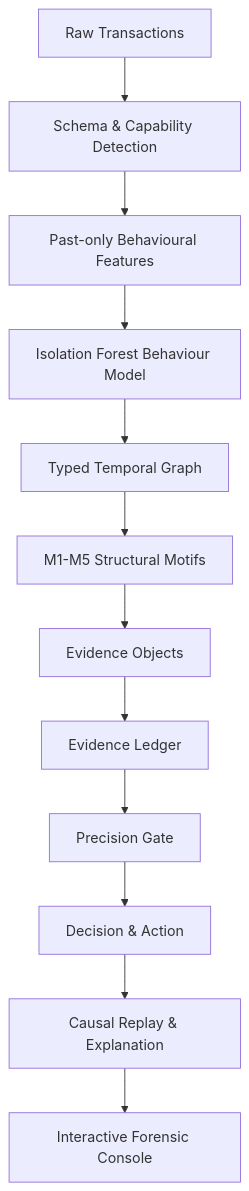
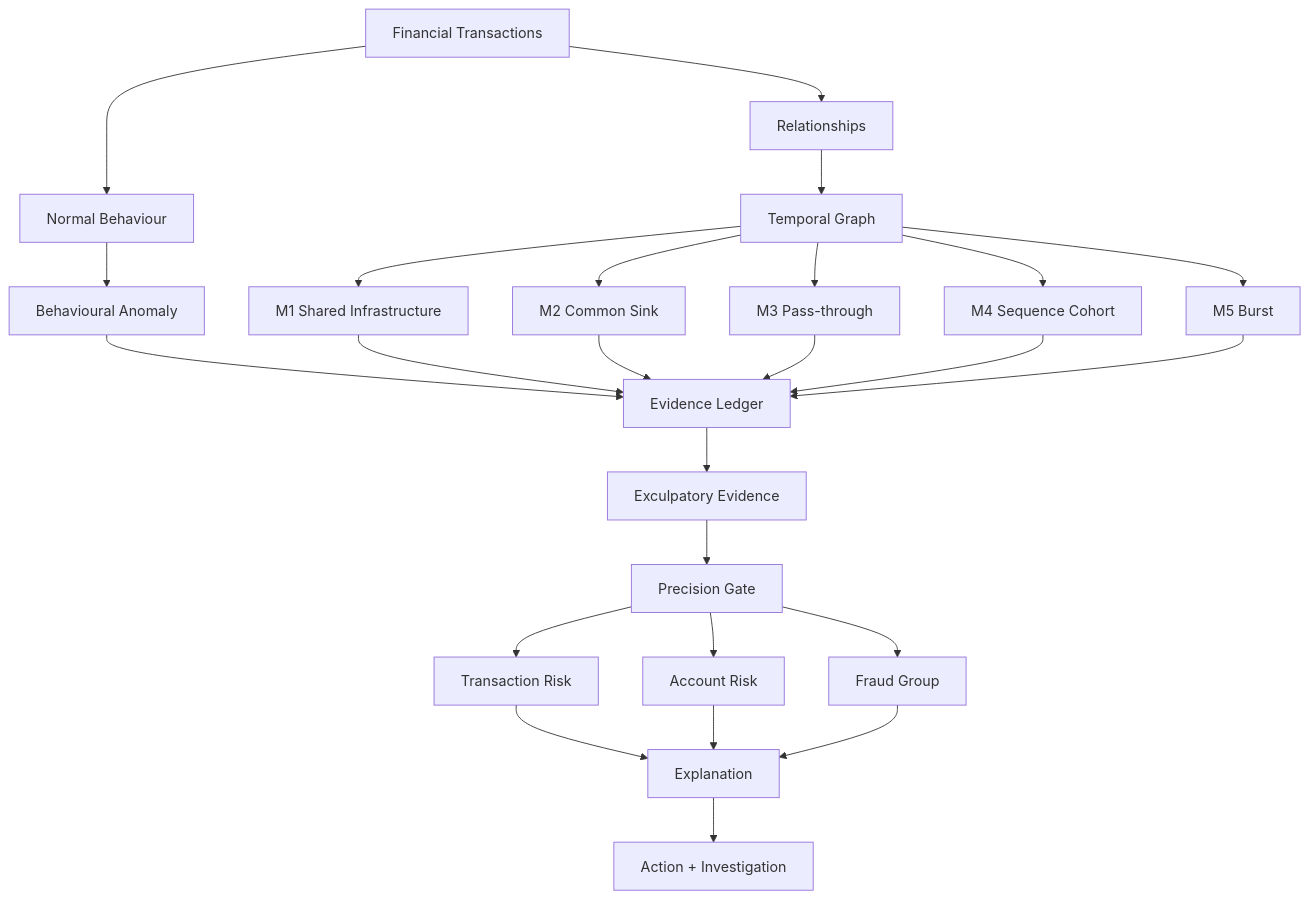
The third of 3 diagrams in README.md (dandasaisamith/HEARTificial), drawn with Mermaid before and after one commit. The commit also changed other lines of this file, not shown here.

````diff
--- a/README.md
+++ b/README.md
@@ -424,14 +2326,39 @@
 ```mermaid
-graph TD
-    A[Raw Transactions] --> B[Schema & Capability Detection]
-    B --> C[Past-only Behavioural Features]
-    C --> D[Isolation Forest Behaviour Model]
-    D --> E[Typed Temporal Graph]
-    E --> F[M1-M5 Structural Motifs]
-    F --> G[Evidence Objects]
-    G --> H[Evidence Ledger]
-    H --> I[Precision Gate]
-    I --> J[Decision & Action]
-    J --> K[Causal Replay & Explanation]
-    K --> L[Interactive Forensic Console]
+flowchart TD
+
+A[Financial Transactions]
+
+A --> B[Normal Behaviour]
+A --> C[Relationships]
+
+B --> D[Behavioural Anomaly]
+
+C --> E[Temporal Graph]
+
+E --> F[M1 Shared Infrastructure]
+E --> G[M2 Common Sink]
+E --> H[M3 Pass-through]
+E --> I[M4 Sequence Cohort]
+E --> J[M5 Burst]
+
+D --> K[Evidence Ledger]
+F --> K
+G --> K
+H --> K
+I --> K
+J --> K
+
+K --> L[Exculpatory Evidence]
+
+L --> M[Precision Gate]
+
+M --> N[Transaction Risk]
+M --> O[Account Risk]
+M --> P[Fraud Group]
+
+N --> Q[Explanation]
+O --> Q
+P --> Q
+
+Q --> R[Action + Investigation]
 ```
````
